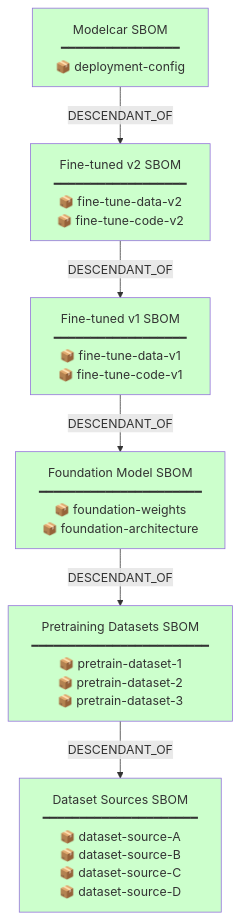
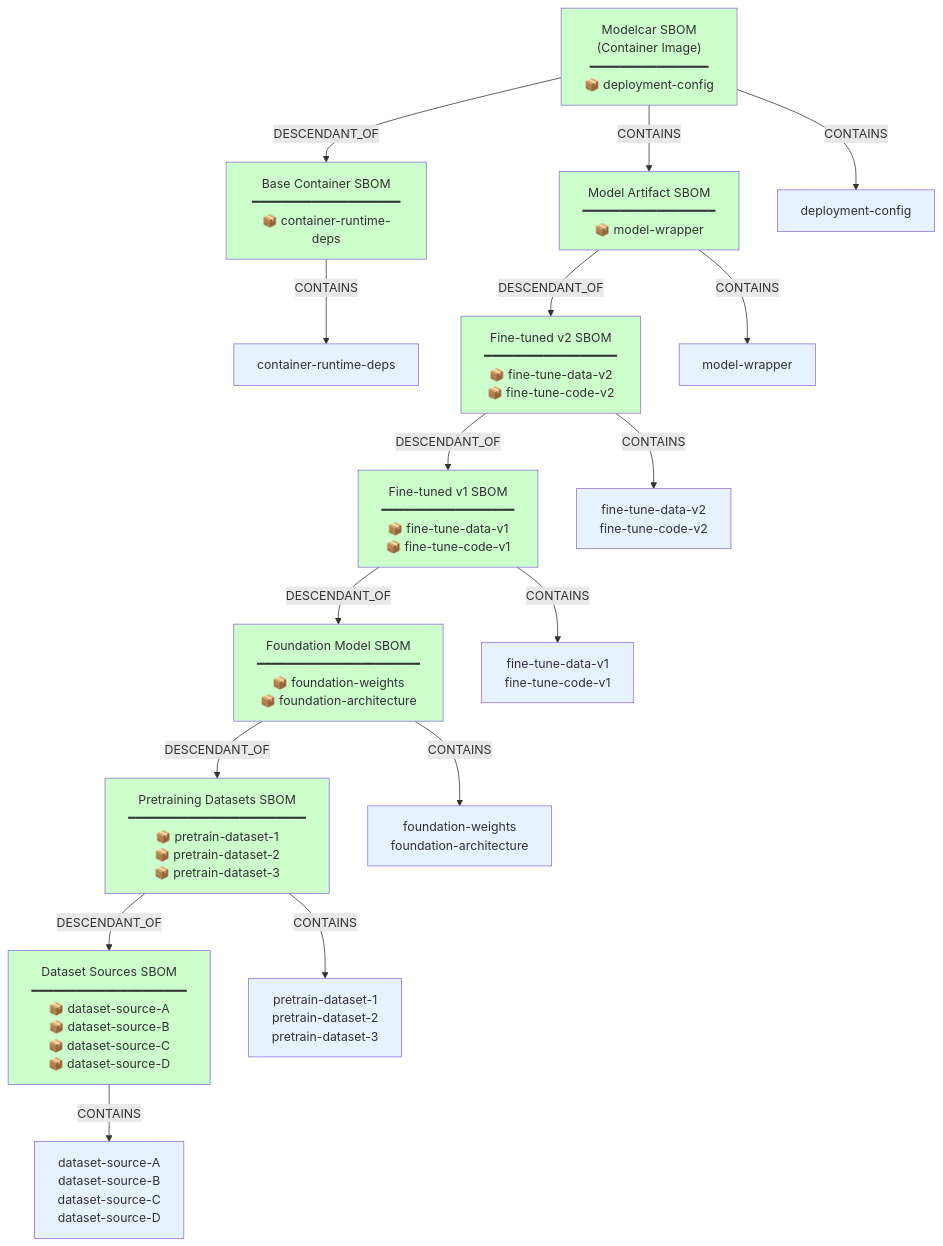
The sixth of 6 diagrams in README.md (ralphbean/contextual-sbom), drawn with Mermaid before and after one commit. The commit also changed other lines of this file, not shown here.

````diff
--- a/README.md
+++ b/README.md
@@ -164,22 +165,45 @@
 ```mermaid
 graph TD
-    Modelcar["Modelcar SBOM<br/>━━━━━━━━━━━━━━━━<br/>📦 deployment-config"]
+    Modelcar["Modelcar SBOM<br/>(Container Image)<br/>━━━━━━━━━━━━━━━━<br/>📦 deployment-config"]
+    BaseImage["Base Container SBOM<br/>━━━━━━━━━━━━━━━━━━━━<br/>📦 container-runtime-deps"]
+    Model["Model Artifact SBOM<br/>━━━━━━━━━━━━━━━━━━<br/>📦 model-wrapper"]
     FT2["Fine-tuned v2 SBOM<br/>━━━━━━━━━━━━━━━━━━<br/>📦 fine-tune-data-v2<br/>📦 fine-tune-code-v2"]
     FT1["Fine-tuned v1 SBOM<br/>━━━━━━━━━━━━━━━━━━<br/>📦 fine-tune-data-v1<br/>📦 fine-tune-code-v1"]
     Foundation["Foundation Model SBOM<br/>━━━━━━━━━━━━━━━━━━━━━━<br/>📦 foundation-weights<br/>📦 foundation-architecture"]
     Pretrain["Pretraining Datasets SBOM<br/>━━━━━━━━━━━━━━━━━━━━━━━━<br/>📦 pretrain-dataset-1<br/>📦 pretrain-dataset-2<br/>📦 pretrain-dataset-3"]
     Sources["Dataset Sources SBOM<br/>━━━━━━━━━━━━━━━━━━━━━<br/>📦 dataset-source-A<br/>📦 dataset-source-B<br/>📦 dataset-source-C<br/>📦 dataset-source-D"]
 
-    Modelcar -->|DESCENDANT_OF| FT2
+    Modelcar -->|DESCENDANT_OF| BaseImage
+    Modelcar -->|CONTAINS| Model
+    Model -->|DESCENDANT_OF| FT2
     FT2 -->|DESCENDANT_OF| FT1
     FT1 -->|DESCENDANT_OF| Foundation
     Foundation -->|DESCENDANT_OF| Pretrain
     Pretrain -->|DESCENDANT_OF| Sources
 
+    Modelcar -->|CONTAINS| deployconfig["deployment-config"]
+    BaseImage -->|CONTAINS| runtime["container-runtime-deps"]
+    Model -->|CONTAINS| wrapper["model-wrapper"]
+    FT2 -->|CONTAINS| ft2data["fine-tune-data-v2<br/>fine-tune-code-v2"]
+    FT1 -->|CONTAINS| ft1data["fine-tune-data-v1<br/>fine-tune-code-v1"]
+    Foundation -->|CONTAINS| foundweights["foundation-weights<br/>foundation-architecture"]
+    Pretrain -->|CONTAINS| pretraindata["pretrain-dataset-1<br/>pretrain-dataset-2<br/>pretrain-dataset-3"]
+    Sources -->|CONTAINS| sourcedata["dataset-source-A<br/>dataset-source-B<br/>dataset-source-C<br/>dataset-source-D"]
+
     style Modelcar fill:#ccffcc
+    style BaseImage fill:#ccffcc
+    style Model fill:#ccffcc
     style FT2 fill:#ccffcc
     style FT1 fill:#ccffcc
     style Foundation fill:#ccffcc
     style Pretrain fill:#ccffcc
     style Sources fill:#ccffcc
+    style deployconfig fill:#e6f3ff
+    style runtime fill:#e6f3ff
+    style wrapper fill:#e6f3ff
+    style ft2data fill:#e6f3ff
+    style ft1data fill:#e6f3ff
+    style foundweights fill:#e6f3ff
+    style pretraindata fill:#e6f3ff
+    style sourcedata fill:#e6f3ff
 ```
````
